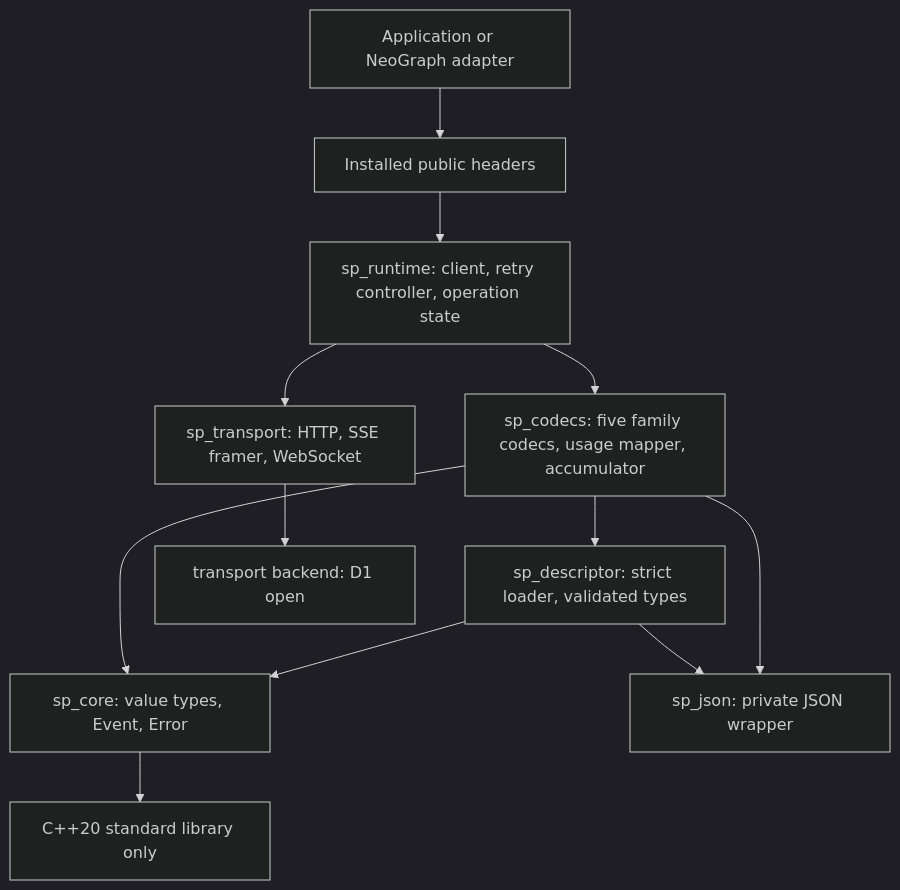
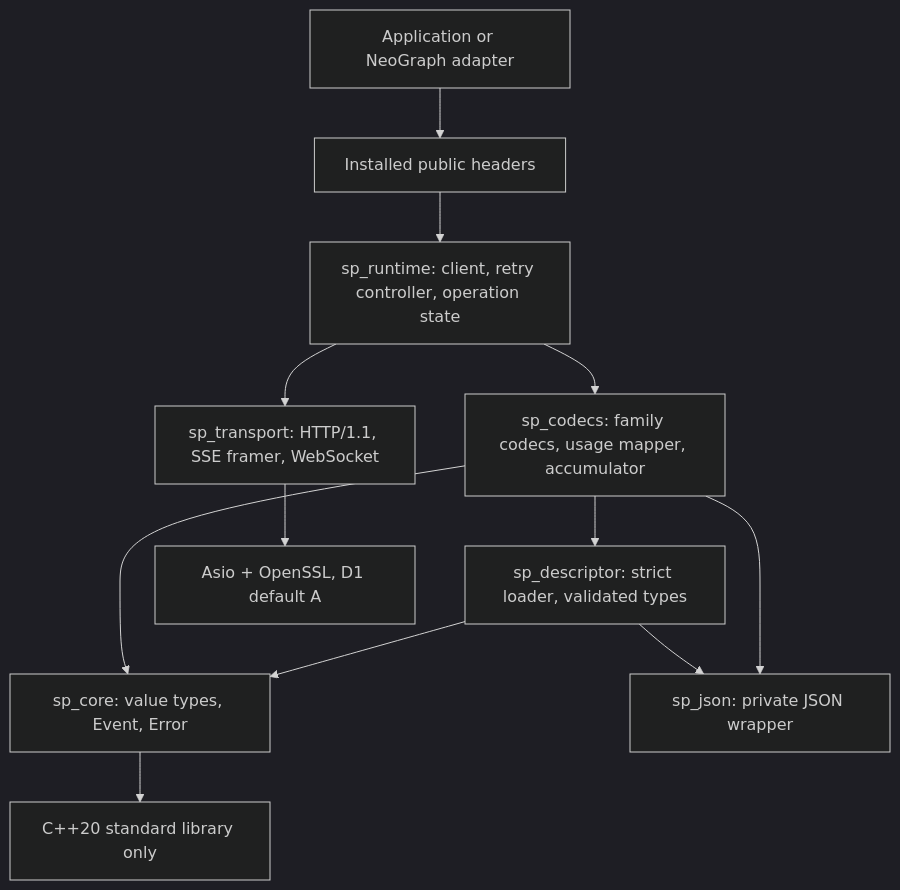
The diagram in docs/DESIGN.md (fox1245/SchemaProvider), drawn with Mermaid (dark theme) before and after one commit. The commit also changed other lines of this file and 11 other files, not shown here.

Commit message:
docs: revise the design after cross-family review; record decisions D1-D5 and the staged roadmap (proposal, nothing implemented)

````diff
--- a/docs/DESIGN.md
+++ b/docs/DESIGN.md
@@ -34,14 +35,14 @@
 ```mermaid
 graph TD
   App[Application or NeoGraph adapter] --> Pub[Installed public headers]
   Pub --> Runtime[sp_runtime: client, retry controller, operation state]
-  Runtime --> Codecs[sp_codecs: five family codecs, usage mapper, accumulator]
-  Runtime --> Transport[sp_transport: HTTP, SSE framer, WebSocket]
+  Runtime --> Codecs[sp_codecs: family codecs, usage mapper, accumulator]
+  Runtime --> Transport[sp_transport: HTTP/1.1, SSE framer, WebSocket]
   Codecs --> Desc[sp_descriptor: strict loader, validated types]
   Codecs --> Core[sp_core: value types, Event, Error]
   Desc --> Core
   Desc --> Json[sp_json: private JSON wrapper]
   Codecs --> Json
-  Transport --> TP[transport backend: D1 open]
+  Transport --> TP[Asio + OpenSSL, D1 default A]
   Core --> Std[C++20 standard library only]
 ```
````
